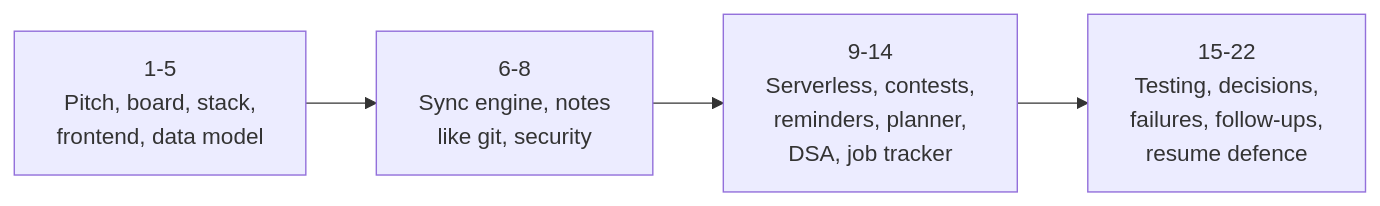
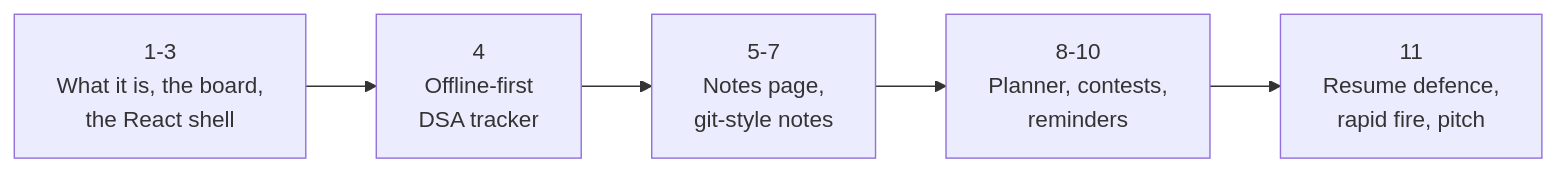
Before and after one commit to shubamchaudhary/CodeNITW: the first of 2 diagrams in src/Data/projectsDocs/IPP-01.md, drawn with Mermaid. The commit also changed other lines of this file and 27 other files, not shown here.

````diff
--- a/src/Data/projectsDocs/IPP-01.md
+++ b/src/Data/projectsDocs/IPP-01.md
@@ -10,6 +10,7 @@
 ```mermaid
 flowchart LR
-    A["1-5<br/>Pitch, board, stack,<br/>frontend, data model"] --> B["6-8<br/>Sync engine, notes<br/>like git, security"]
-    B --> C["9-14<br/>Serverless, contests,<br/>reminders, planner,<br/>DSA, job tracker"]
-    C --> D["15-22<br/>Testing, decisions,<br/>failures, follow-ups,<br/>resume defence"]
+    A["1-3<br/>What it is, the board,<br/>the React shell"] --> B["4<br/>Offline-first<br/>DSA tracker"]
+    B --> C["5-7<br/>Notes page,<br/>git-style notes"]
+    C --> D["8-10<br/>Planner, contests,<br/>reminders"]
+    D --> E["11<br/>Resume defence,<br/>rapid fire, pitch"]
 ```
````
